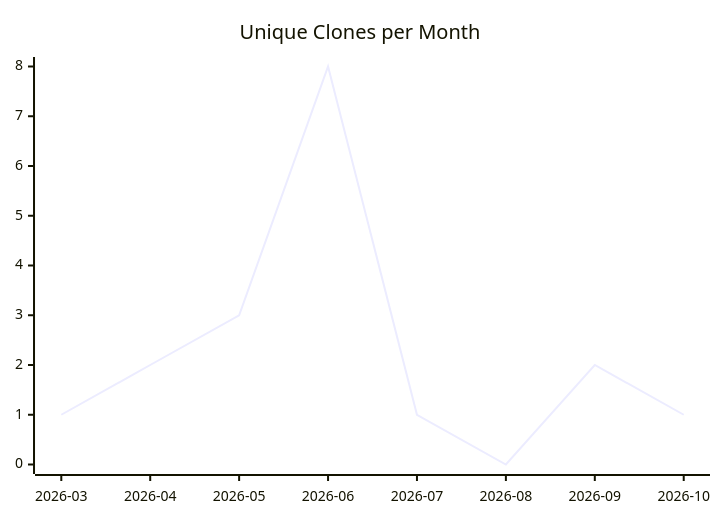
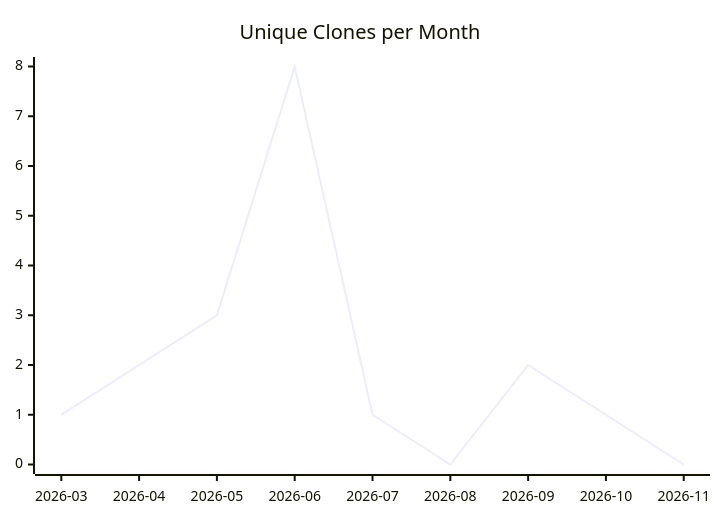
The third of 3 diagrams in karlmdavis/datanucleus-test-jdo-1-to-n/README.md (justdavis-family/github-analytics-data), drawn with Mermaid before and after one commit. The commit also changed other lines of this file and 201 other files, not shown here.

````diff
--- a/karlmdavis/datanucleus-test-jdo-1-to-n/README.md
+++ b/karlmdavis/datanucleus-test-jdo-1-to-n/README.md
@@ -19,6 +19,6 @@
 ```mermaid
 xychart-beta
   title "Unique Clones per Month"
-  x-axis ["2026-03", "2026-04", "2026-05", "2026-06", "2026-07", "2026-08", "2026-09", "2026-10"]
-  line [1, 2, 3, 8, 1, 0, 2, 1]
+  x-axis ["2026-03", "2026-04", "2026-05", "2026-06", "2026-07", "2026-08", "2026-09", "2026-10", "2026-11"]
+  line [1, 2, 3, 8, 1, 0, 2, 1, 0]
 ```
````
